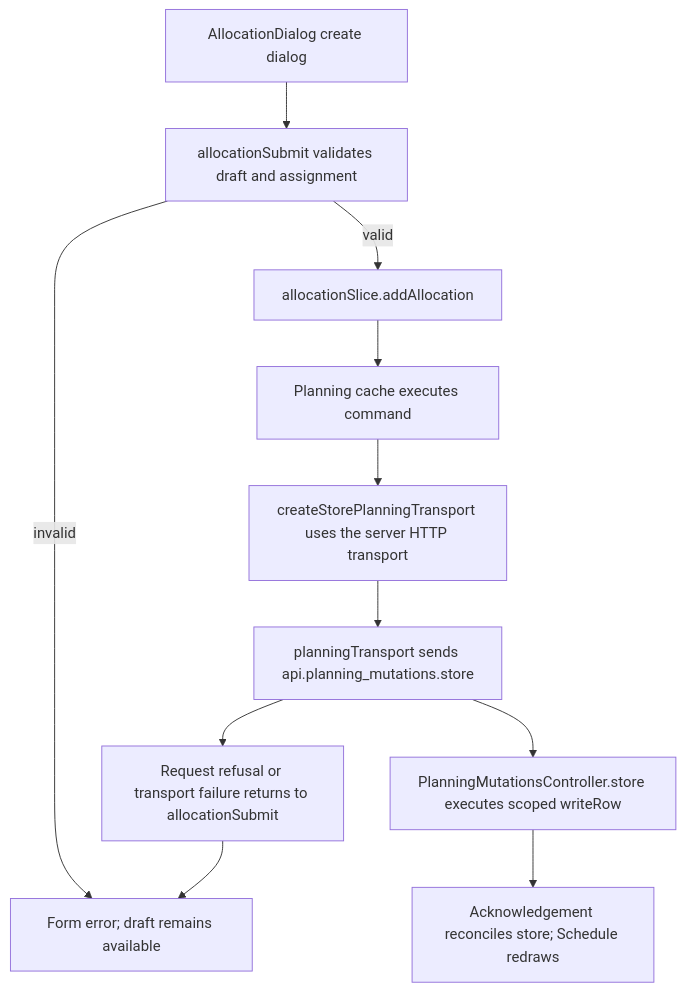
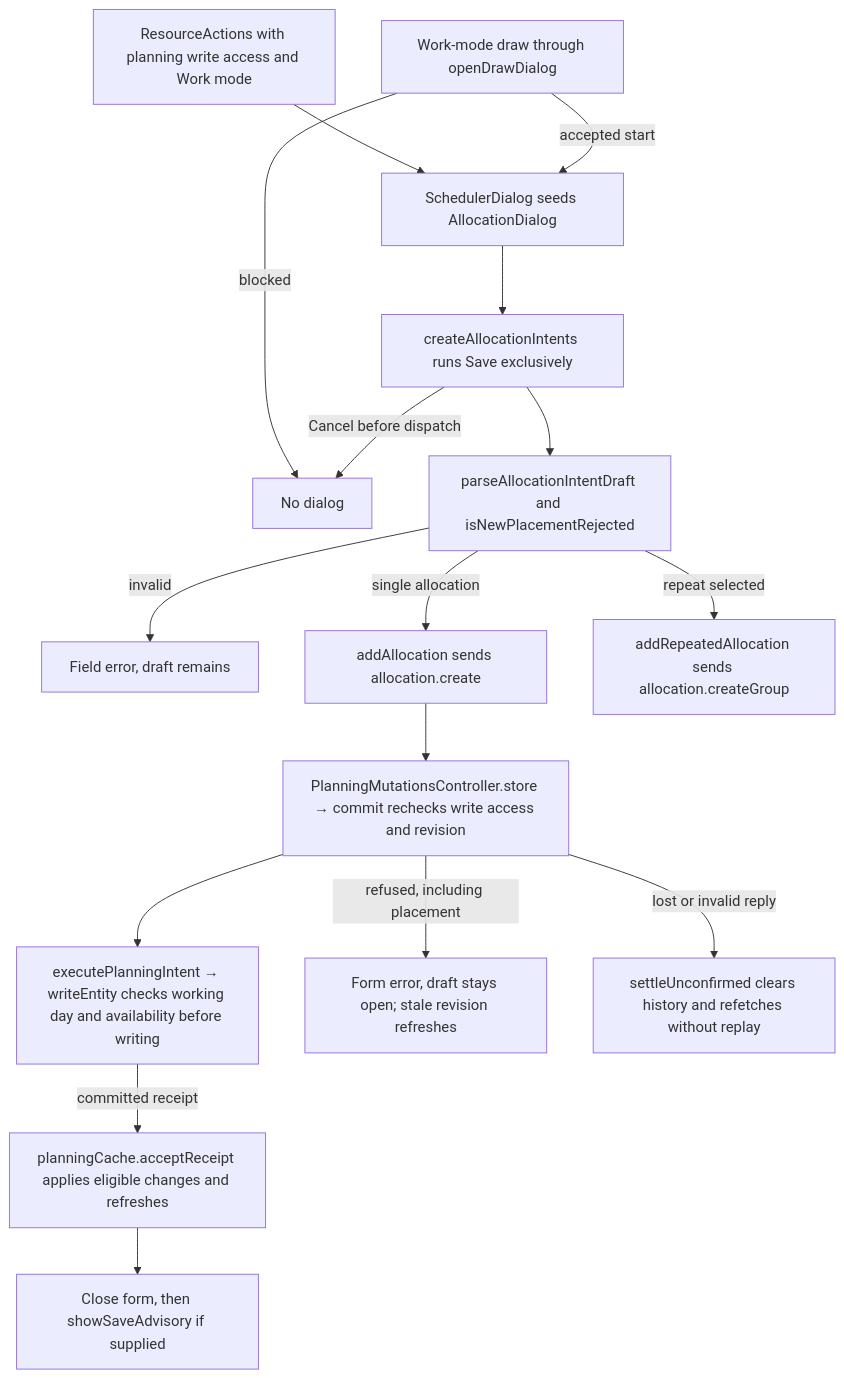
One commit to Kevinjohn/capacitylens changed the second of 2 diagrams in user-stories/allocation/US-ALL-01-create.md. Above: the diagram before and after it, drawn with Mermaid. The commit also changed other lines of this file and 172 other files, not shown here.

Commit message:
docs: reconcile user story code flows with source

````diff
--- a/user-stories/allocation/US-ALL-01-create.md
+++ b/user-stories/allocation/US-ALL-01-create.md
@@ -55,13 +55,18 @@
 ```mermaid
 flowchart TD
-  A["AllocationDialog create dialog"] --> B["allocationSubmit validates draft and assignment"]
-  B -->|valid| C["allocationSlice.addAllocation"]
-  B -->|invalid| I["Field/form error; dialog remains open"]
-  C --> D["Planning cache executes command"]
-  D --> E["createStorePlanningTransport uses the server HTTP transport"]
-  E --> F["planningTransport sends api.planning_mutations.store"]
-  F --> J["Request refusal or transport failure returns to allocationSubmit"]
-  J --> I["Form error; draft remains available"]
-  F --> G["PlanningMutationsController.store executes scoped writeRow"]
-  G --> H["Acknowledgement reconciles store; Schedule redraws"]
+  Row["ResourceActions with planning write access and Work mode"] --> Seed["SchedulerDialog seeds AllocationDialog"]
+  Draw["Work-mode draw through openDrawDialog"] -->|accepted start| Seed
+  Draw -->|blocked| Closed["No dialog"]
+  Seed --> Form["createAllocationIntents runs Save exclusively"]
+  Form -->|Cancel before dispatch| Closed
+  Form --> Check["parseAllocationIntentDraft and isNewPlacementRejected"]
+  Check -->|invalid| Field["Field error, draft remains"]
+  Check -->|single allocation| Send["addAllocation sends allocation.create"]
+  Check -->|repeat selected| Repeat["addRepeatedAllocation sends allocation.createGroup"]
+  Send --> Commit["PlanningMutationsController.store → commit rechecks write access and revision"]
+  Commit --> Write["executePlanningIntent → writeEntity checks working day and availability before writing"]
+  Write -->|committed receipt| Receipt["planningCache.acceptReceipt applies eligible changes and refreshes"]
+  Receipt --> End["Close form, then showSaveAdvisory if supplied"]
+  Commit -->|refused, including placement| Refusal["Form error, draft stays open; stale revision refreshes"]
+  Commit -->|lost or invalid reply| Unknown["settleUnconfirmed clears history and refetches without replay"]
 ```
````
